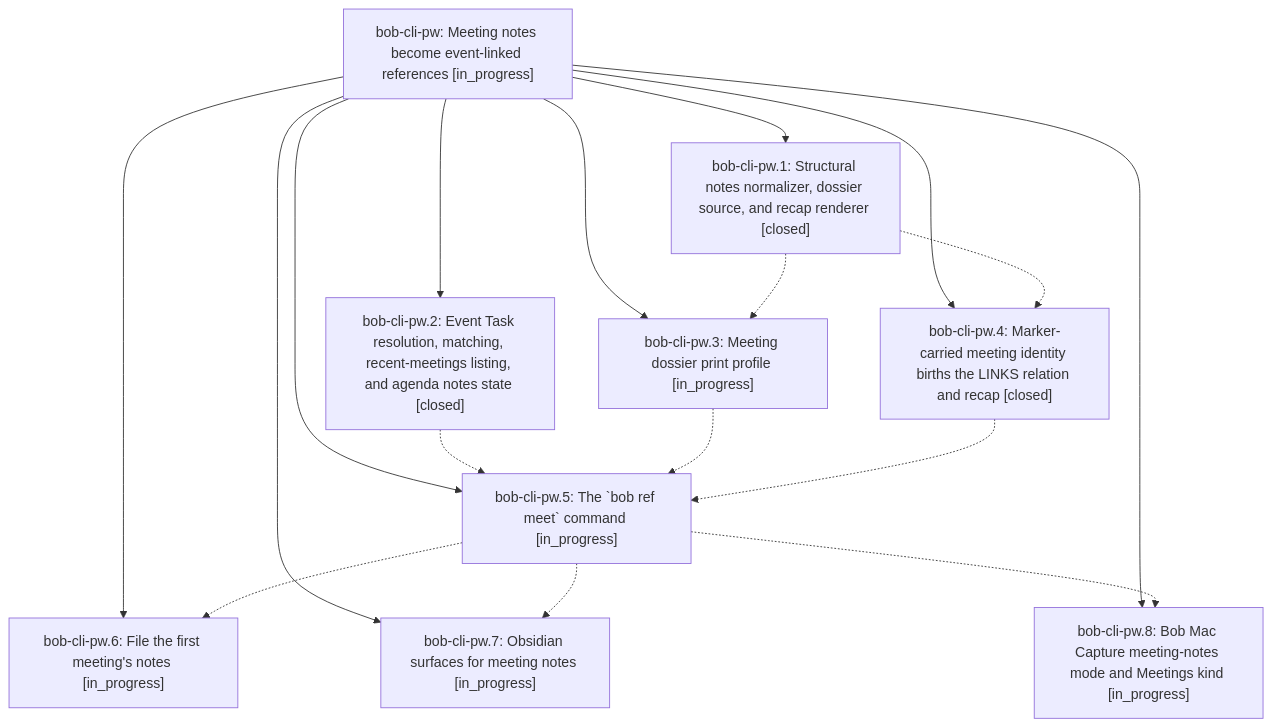
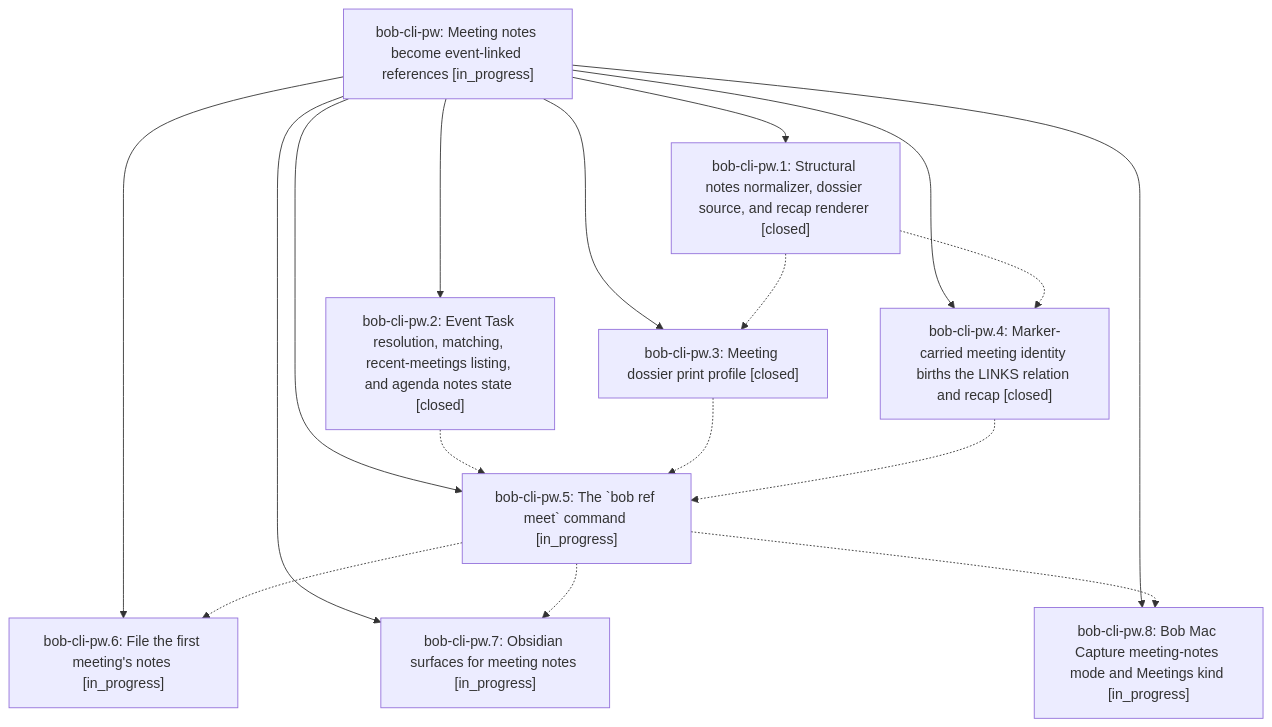
Before and after one commit to bobs-org/bob-cli--beads: the diagram in pages/bob-cli-pw/README.md, drawn with Mermaid. The commit also changed other lines of this file and 4 other files, not shown here.

First line of the commit message:
chore(beads): sync bead state and pages for bob-cli-pw

````diff
--- a/pages/bob-cli-pw/README.md
+++ b/pages/bob-cli-pw/README.md
@@ -51,28 +51,28 @@
 ```mermaid
 flowchart TD
     n0["bob-cli-pw: Meeting notes become event-linked references [in_progress]"]
     n1["bob-cli-pw.1: Structural notes normalizer, dossier source, and recap renderer [closed]"]
     n2["bob-cli-pw.2: Event Task resolution, matching, recent-meetings listing, and agenda notes state [closed]"]
-    n3["bob-cli-pw.3: Meeting dossier print profile [in_progress]"]
+    n3["bob-cli-pw.3: Meeting dossier print profile [closed]"]
     n4["bob-cli-pw.4: Marker-carried meeting identity births the LINKS relation and recap [closed]"]
     n5["bob-cli-pw.5: The `bob ref meet` command [in_progress]"]
     n6["bob-cli-pw.6: File the first meeting's notes [in_progress]"]
     n7["bob-cli-pw.7: Obsidian surfaces for meeting notes [in_progress]"]
     n8["bob-cli-pw.8: Bob Mac Capture meeting-notes mode and Meetings kind [in_progress]"]
     n0 --> n1
     n0 --> n2
     n0 --> n3
     n0 --> n4
     n0 --> n5
     n0 --> n6
     n0 --> n7
     n0 --> n8
     n1 -.-> n3
     n1 -.-> n4
     n2 -.-> n5
     n3 -.-> n5
     n4 -.-> n5
     n5 -.-> n6
     n5 -.-> n7
     n5 -.-> n8
 ```
````
